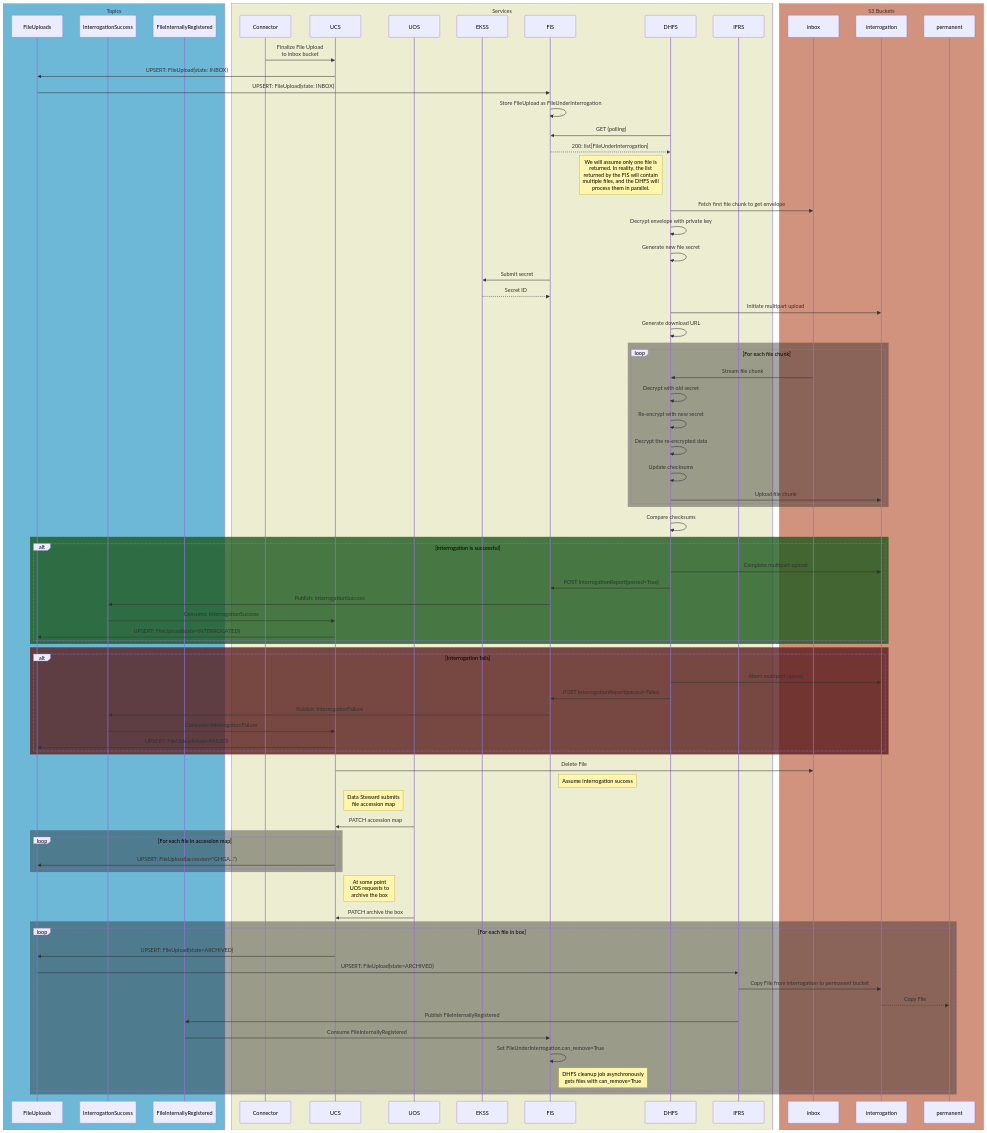
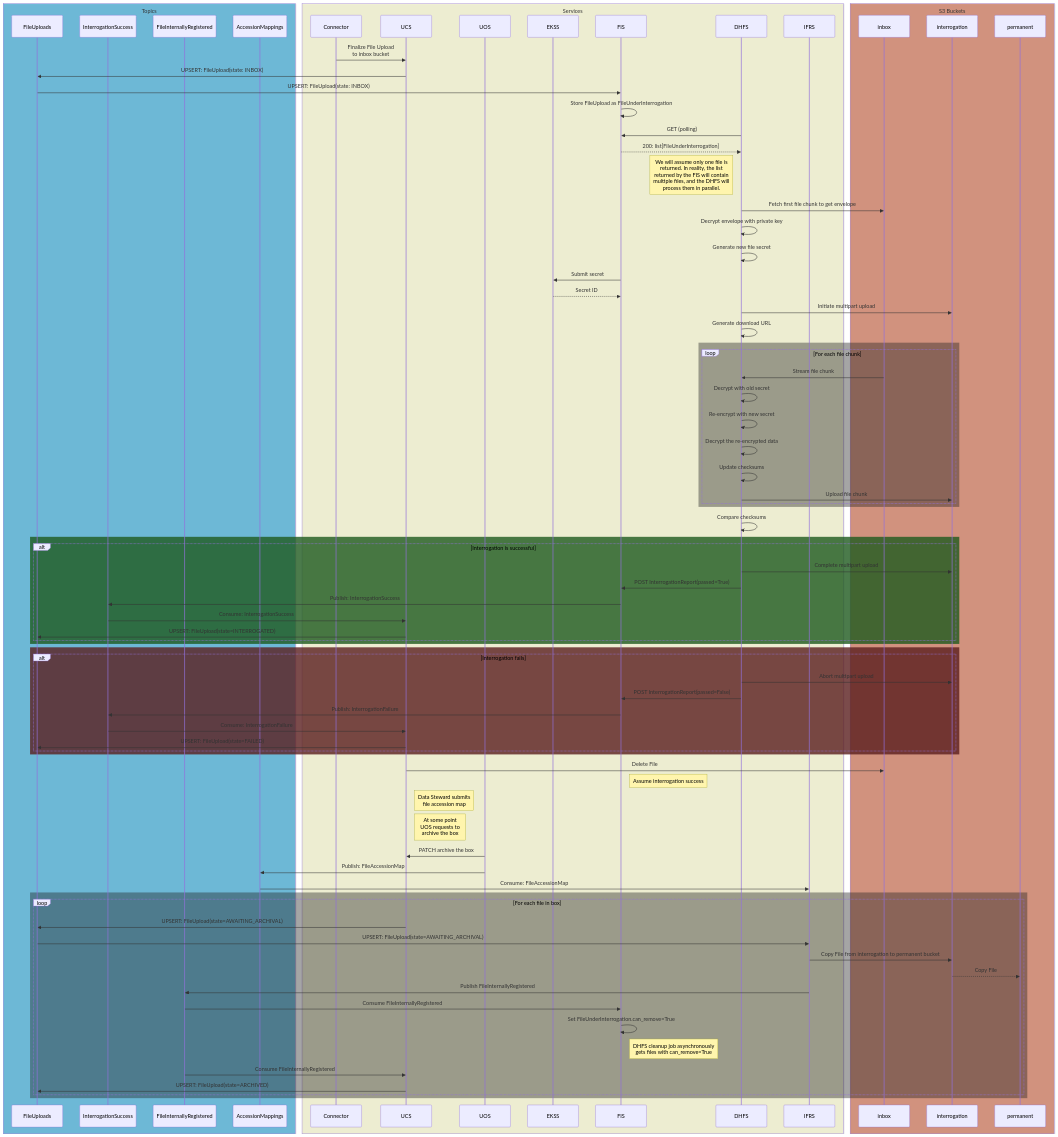
Before and after one commit to ghga-de/epic-docs: the first of 3 diagrams in 84-sarcastic-fringehead/technical_specification.md, drawn with Mermaid. The commit also changed other lines of this file, not shown here.

Commit message:
Change how accessions are handled and add new FileUpload state

````diff
--- a/84-sarcastic-fringehead/technical_specification.md
+++ b/84-sarcastic-fringehead/technical_specification.md
@@ -624,6 +630,7 @@
         participant FileUploads
         participant InterrogationSuccess
         participant FileInternallyRegistered
+        participant AccessionMappings
     end
     box rgb(255, 255, 200, .5) Services
         participant Connector
@@ -686,24 +693,22 @@
     UCS->>inbox: Delete File
     note right of FIS: Assume interrogation success
     note right of UCS: Data Steward submits<br>file accession map
-    UOS->>UCS: PATCH accession map
-    rect rgb(30, 30, 30, .4)
-        loop For each file in accession map
-            UCS->>FileUploads: UPSERT: FileUpload(accession="GHGA...")
-        end
-    end
     note right of UCS: At some point<br>UOS requests to<br>archive the box
     UOS->>UCS: PATCH archive the box
+    UOS->>AccessionMappings: Publish: FileAccessionMap
+    AccessionMappings->>IFRS: Consume: FileAccessionMap
     rect rgb(30, 30, 30, .4)
         loop For each file in box
-            UCS->>FileUploads: UPSERT: FileUpload(state=ARCHIVED)
-            FileUploads->>IFRS: UPSERT: FileUpload(state=ARCHIVED)
+            UCS->>FileUploads: UPSERT: FileUpload(state=AWAITING_ARCHIVAL)
+            FileUploads->>IFRS: UPSERT: FileUpload(state=AWAITING_ARCHIVAL)
             IFRS->>interrogation: Copy File from interrogation to permanent bucket
             interrogation-->>permanent: Copy File
             IFRS->>FileInternallyRegistered: Publish FileInternallyRegistered
             FileInternallyRegistered->>FIS: Consume FileInternallyRegistered
             FIS->>FIS: Set FileUnderInterrogation.can_remove=True
             note right of FIS: DHFS cleanup job asynchronously<br>gets files with can_remove=True
+            FileInternallyRegistered->>UCS: Consume FileInternallyRegistered
+            UCS->>FileUploads: UPSERT: FileUpload(state=ARCHIVED)
         end
     end
 ```
````
